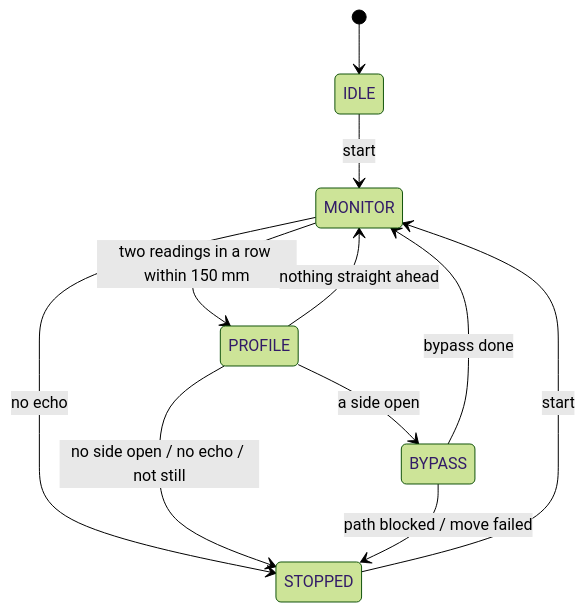
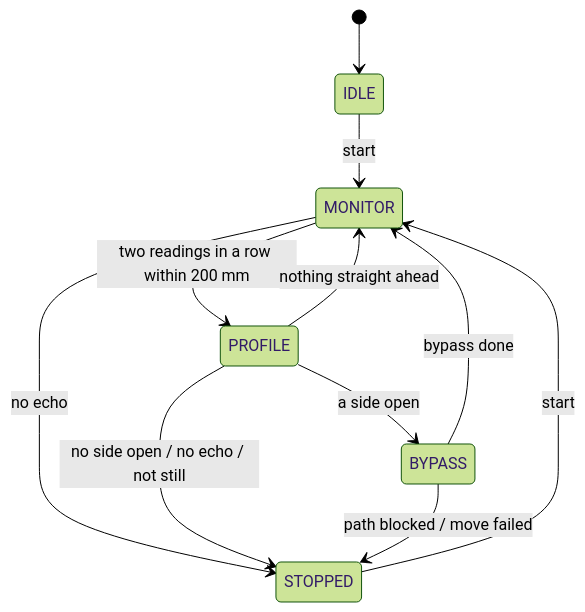
Before and after one commit to 10x-Slackers/INF2004: the fourth of 5 diagrams in docs/ARCHITECTURE.md, drawn with Mermaid (forest theme). The commit also changed other lines of this file and 13 other files, not shown here.

````diff
--- a/docs/ARCHITECTURE.md
+++ b/docs/ARCHITECTURE.md
@@ -193,13 +193,13 @@
 ```mermaid
 stateDiagram-v2
     [*] --> IDLE
     IDLE --> MONITOR: start
-    MONITOR --> PROFILE: two readings in a row within 150 mm
+    MONITOR --> PROFILE: two readings in a row within 200 mm
     MONITOR --> STOPPED: no echo
     PROFILE --> MONITOR: nothing straight ahead
     PROFILE --> BYPASS: a side open
     PROFILE --> STOPPED: no side open / no echo / not still
     BYPASS --> MONITOR: bypass done
     BYPASS --> STOPPED: path blocked / move failed
     STOPPED --> MONITOR: start
 ```
````
